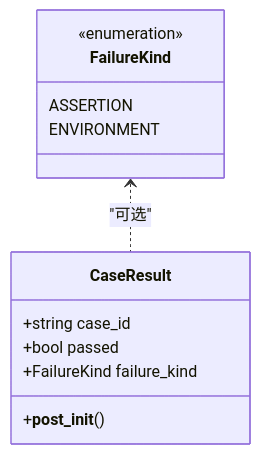
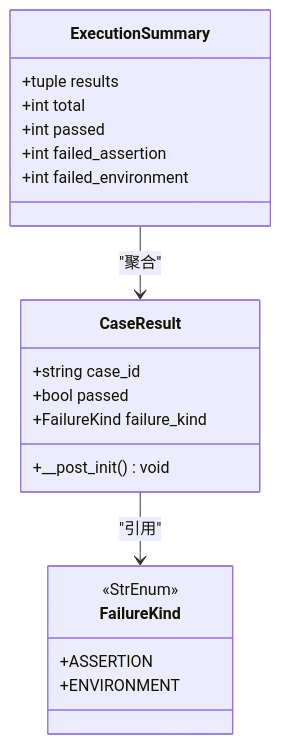
Before and after one commit to Joeyzheng001/LLM-AutoTest: the third of 5 diagrams in .qoder/repowiki/zh/content/核心服务/测试执行器.md, drawn with Mermaid. The commit also changed other lines of this file and 186 other files, not shown here.

````diff
--- a/.qoder/repowiki/zh/content/核心服务/测试执行器.md
+++ b/.qoder/repowiki/zh/content/核心服务/测试执行器.md
@@ -139,15 +121,23 @@
 ```mermaid
 classDiagram
 class FailureKind {
-<<enumeration>>
-ASSERTION
-ENVIRONMENT
+<<StrEnum>>
++ASSERTION
++ENVIRONMENT
 }
 class CaseResult {
 +string case_id
 +bool passed
 +FailureKind failure_kind
-+__post_init__()
++__post_init() void
 }
-FailureKind <.. CaseResult : "可选"
+class ExecutionSummary {
++tuple results
++int total
++int passed
++int failed_assertion
++int failed_environment
+}
+ExecutionSummary --> CaseResult : "聚合"
+CaseResult --> FailureKind : "引用"
 ```
````
